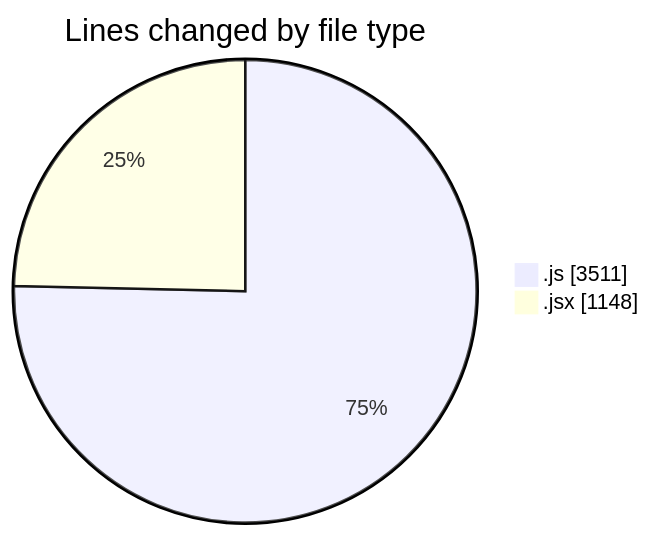
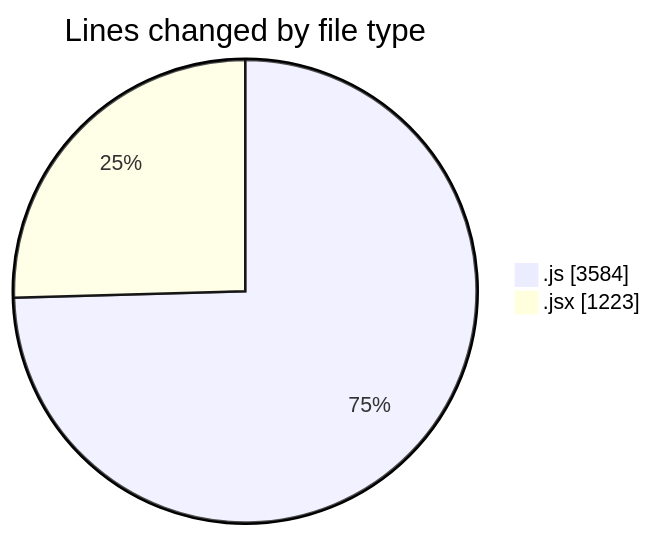
Before and after one commit to nxtqubesakshisongat/code-tracking: the first of 2 diagrams in 2025-09-24/nxtqube_webapp/README.md, drawn with Mermaid. The commit also changed other lines of this file and 1 other file, not shown here.

````diff
--- a/2025-09-24/nxtqube_webapp/README.md
+++ b/2025-09-24/nxtqube_webapp/README.md
@@ -23,6 +23,6 @@
 ```mermaid
 pie showData
 title Lines changed by file type
-".js" : 3511
-".jsx" : 1148
+".js" : 3584
+".jsx" : 1223
 ```
````
